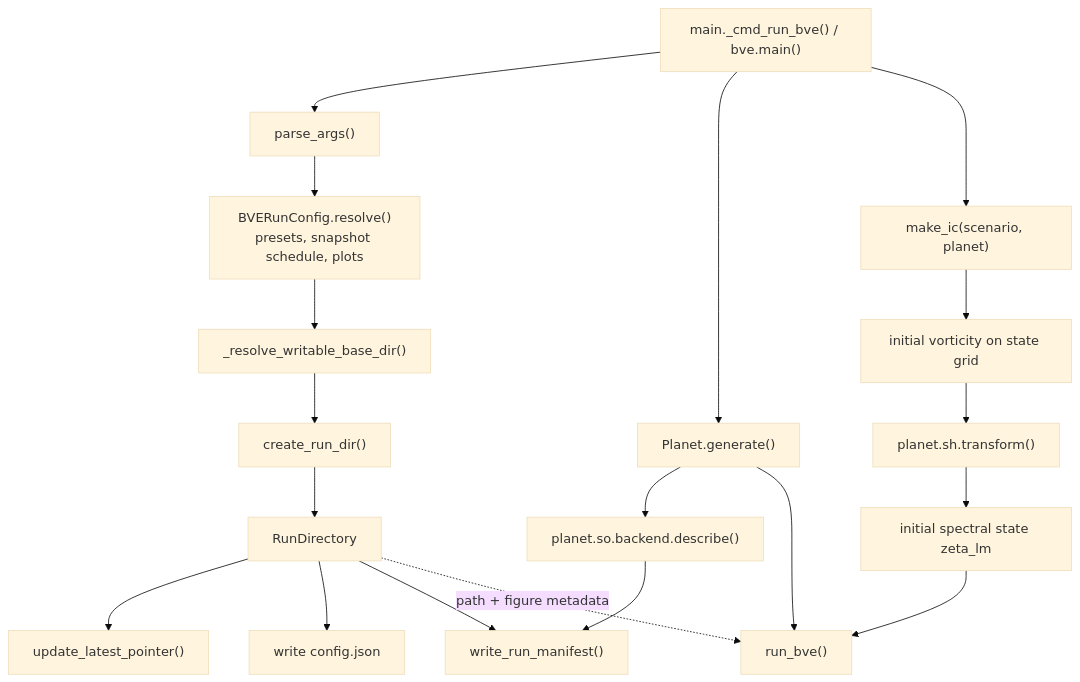
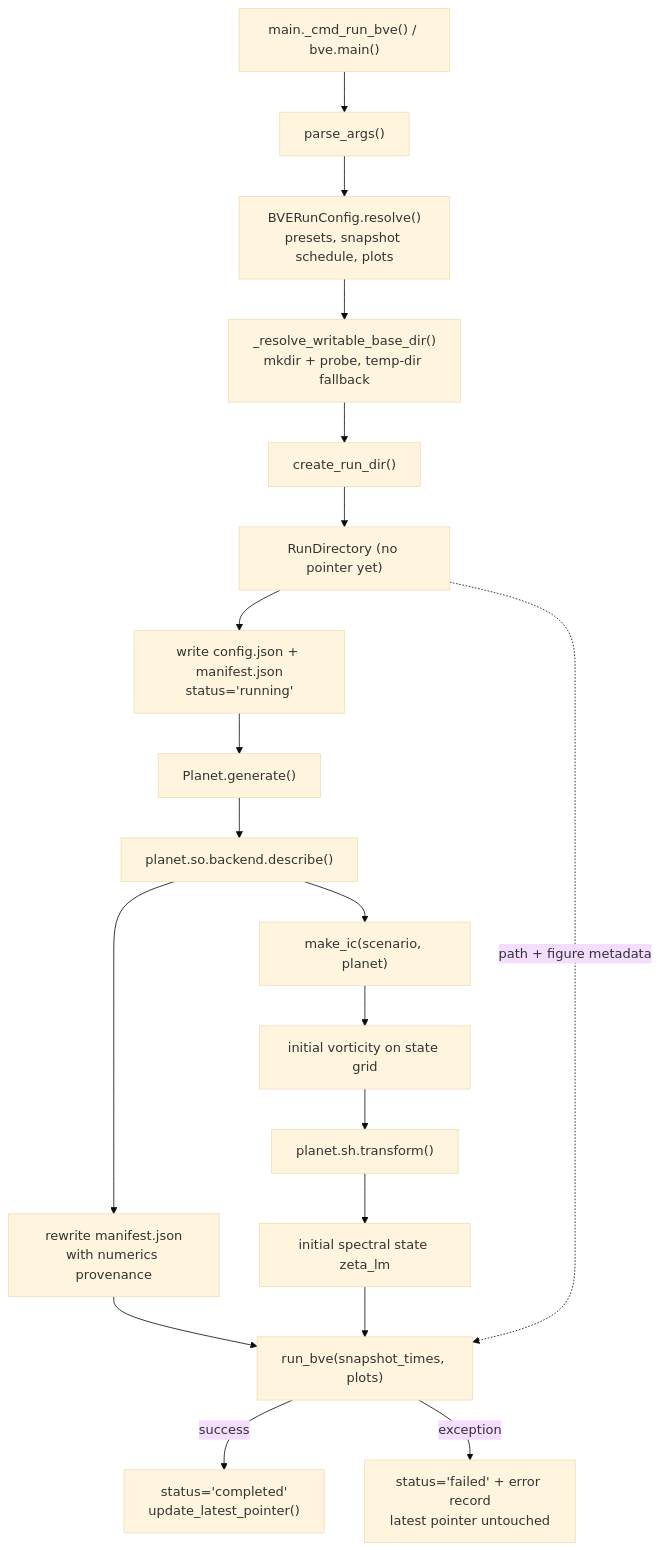
Before and after one commit to AlexandreEros/Aeolus: the second of 5 diagrams in docs/call-structure.md, drawn with Mermaid (base theme). The commit also changed other lines of this file and 4 other files, not shown here.

````diff
--- a/docs/call-structure.md
+++ b/docs/call-structure.md
@@ -90,24 +90,24 @@
 ```mermaid
 flowchart TD
     main["main._cmd_run_bve() / bve.main()"] --> parse["parse_args()"]
     parse --> resolve["BVERunConfig.resolve()<br/>presets, snapshot schedule, plots"]
-    resolve --> writable["_resolve_writable_base_dir()"]
+    resolve --> writable["_resolve_writable_base_dir()<br/>mkdir + probe, temp-dir fallback"]
     writable --> create["create_run_dir()"]
-    create --> runDir["RunDirectory"]
-    runDir --> latest["update_latest_pointer()"]
+    create --> runDir["RunDirectory (no pointer yet)"]
+    runDir --> initcfg["write config.json + manifest.json<br/>status='running'"]
 
-    main --> generate["Planet.generate()"]
+    initcfg --> generate["Planet.generate()"]
     generate --> describe["planet.so.backend.describe()"]
 
-    main --> ic["make_ic(scenario, planet)"]
+    describe --> ic["make_ic(scenario, planet)"]
     ic --> initialGrid["initial vorticity on state grid"]
     initialGrid --> transform["planet.sh.transform()"]
     transform --> initialLM["initial spectral state zeta_lm"]
 
-    runDir --> config["write config.json"]
-    describe --> manifest["write_run_manifest()"]
-    runDir --> manifest
-    initialLM --> run["run_bve()"]
-    generate --> run
+    describe --> refresh["rewrite manifest.json<br/>with numerics provenance"]
+    refresh --> run["run_bve(snapshot_times, plots)"]
+    initialLM --> run
     runDir -. "path + figure metadata" .-> run
+    run -- "success" --> ok["status='completed'<br/>update_latest_pointer()"]
+    run -- "exception" --> fail["status='failed' + error record<br/>latest pointer untouched"]
 ```
````
